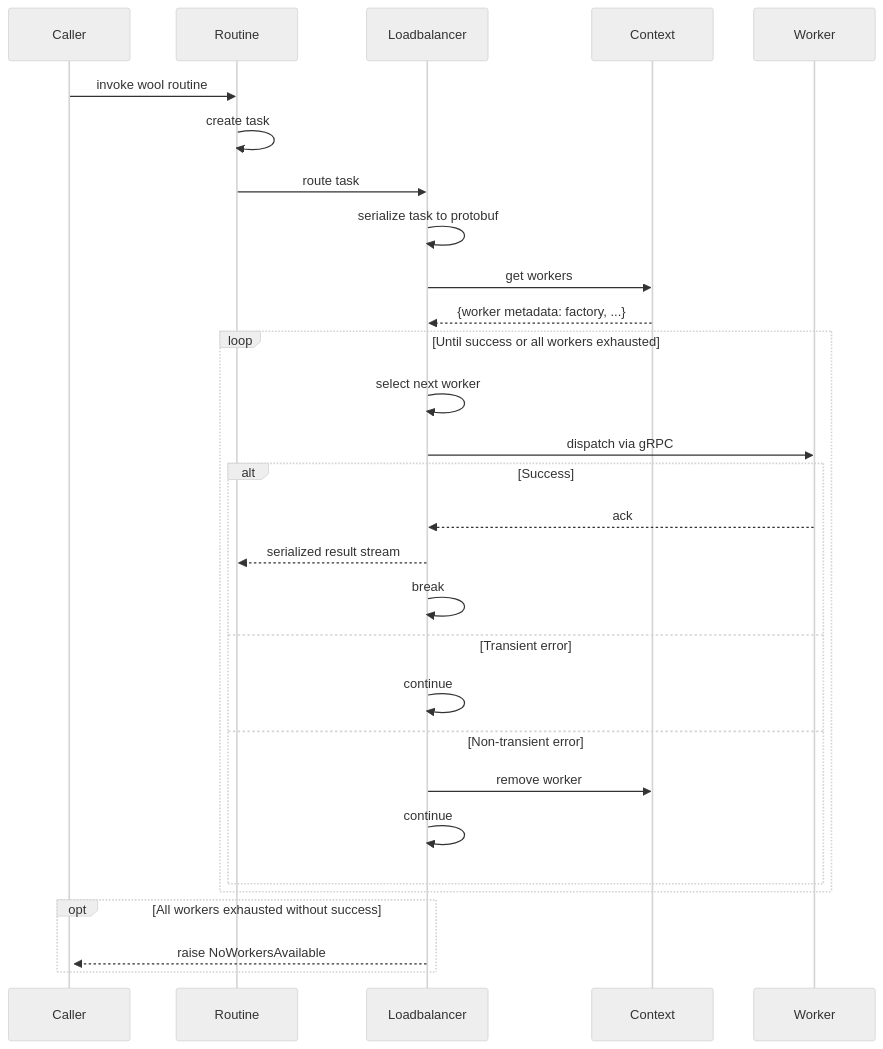
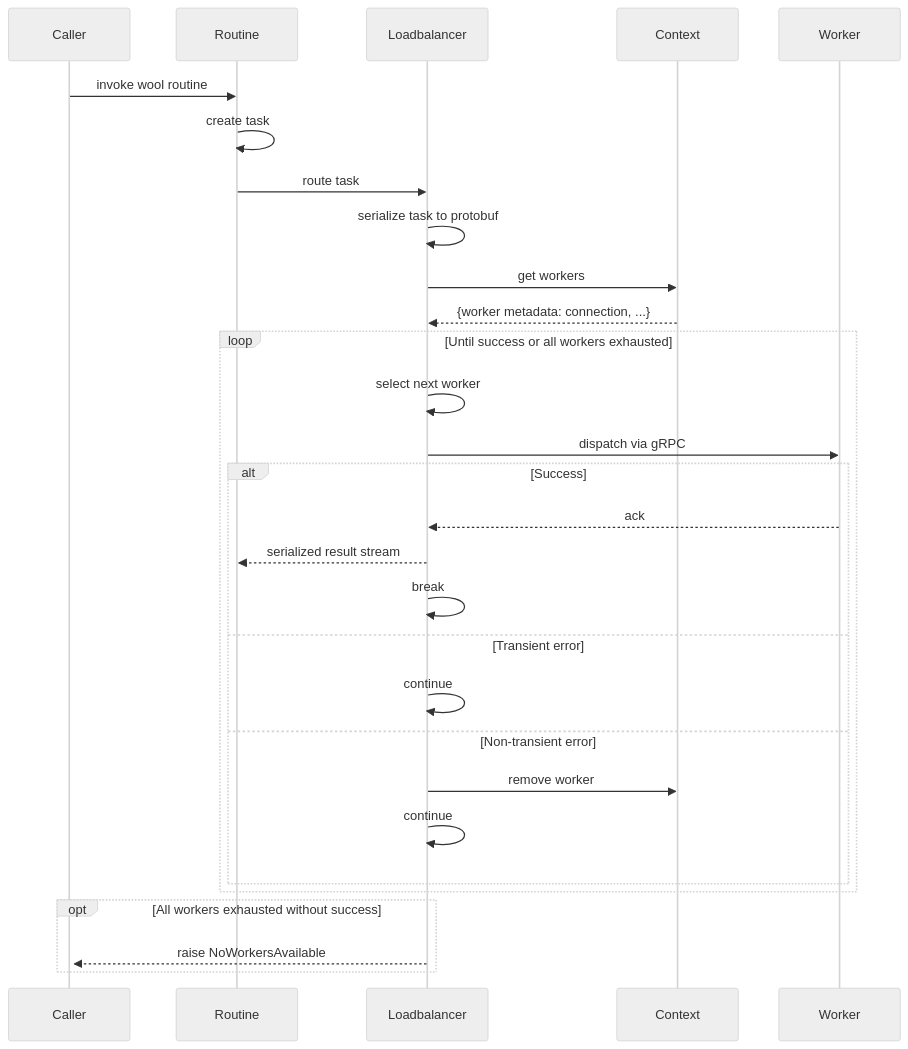
Before and after one commit to wool-labs/wool: the diagram in wool/src/wool/runtime/loadbalancer/README.md, drawn with Mermaid (neutral theme). The commit also changed other lines of this file and 1 other file, not shown here.

First line of the commit message:
docs: Update READMEs for channel-pooled WorkerConnection

````diff
--- a/wool/src/wool/runtime/loadbalancer/README.md
+++ b/wool/src/wool/runtime/loadbalancer/README.md
@@ -113,34 +112,34 @@
 ```mermaid
 sequenceDiagram
     participant Caller
     participant Routine
     participant Loadbalancer
     participant Context
     participant Worker
 
     Caller ->> Routine: invoke wool routine
     activate Caller
     Routine ->> Routine: create task
     Routine ->> Loadbalancer: route task
     Loadbalancer ->> Loadbalancer: serialize task to protobuf
     Loadbalancer ->> Context: get workers
-    Context -->> Loadbalancer: {worker metadata: factory, ...}
+    Context -->> Loadbalancer: {worker metadata: connection, ...}
 
     loop Until success or all workers exhausted
         Loadbalancer ->> Loadbalancer: select next worker
         Loadbalancer ->> Worker: dispatch via gRPC
         alt Success
             Worker -->> Loadbalancer: ack
             Loadbalancer -->> Routine: serialized result stream
             Loadbalancer ->> Loadbalancer: break
         else Transient error
             Loadbalancer ->> Loadbalancer: continue
         else Non-transient error
             Loadbalancer ->> Context: remove worker
             Loadbalancer ->> Loadbalancer: continue
         end
     end
     opt All workers exhausted without success
         Loadbalancer -->> Caller: raise NoWorkersAvailable
     end
 ```
````
